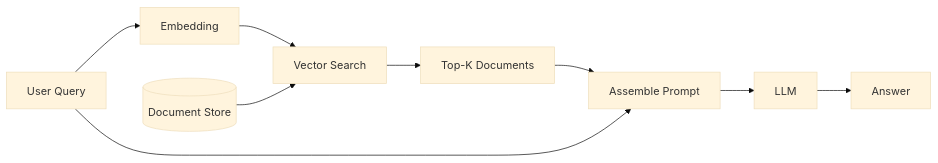
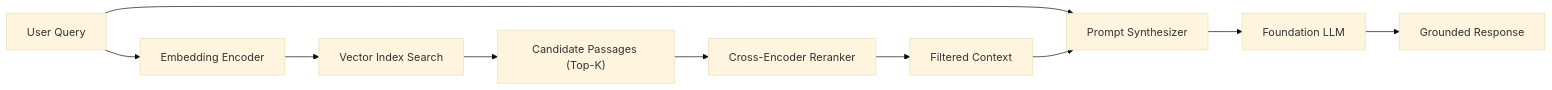
Before and after one commit to yingwang/llm-tutorial: the diagram in en/08-embedding-rag.md, drawn with Mermaid (base theme). The commit also changed other lines of this file and 29 other files, not shown here.

````diff
--- a/en/08-embedding-rag.md
+++ b/en/08-embedding-rag.md
@@ -141,12 +101,12 @@
 ```mermaid
 graph LR
-    Q[User Query] --> E[Embedding]
-    E --> R[Vector Search]
-    R --> C[Top-K Documents]
-    C --> P[Assemble Prompt]
-    Q --> P
-    P --> L[LLM]
-    L --> A[Answer]
-
-    D[(Document Store)] --> R
+    Q["User Query"] --> E["Embedding Encoder"]
+    E --> R["Vector Index Search"]
+    R --> D["Candidate Passages (Top-K)"]
+    D --> RK["Cross-Encoder Reranker"]
+    RK --> C["Filtered Context"]
+    Q --> P["Prompt Synthesizer"]
+    C --> P
+    P --> L["Foundation LLM"]
+    L --> A["Grounded Response"]
 ```
````
